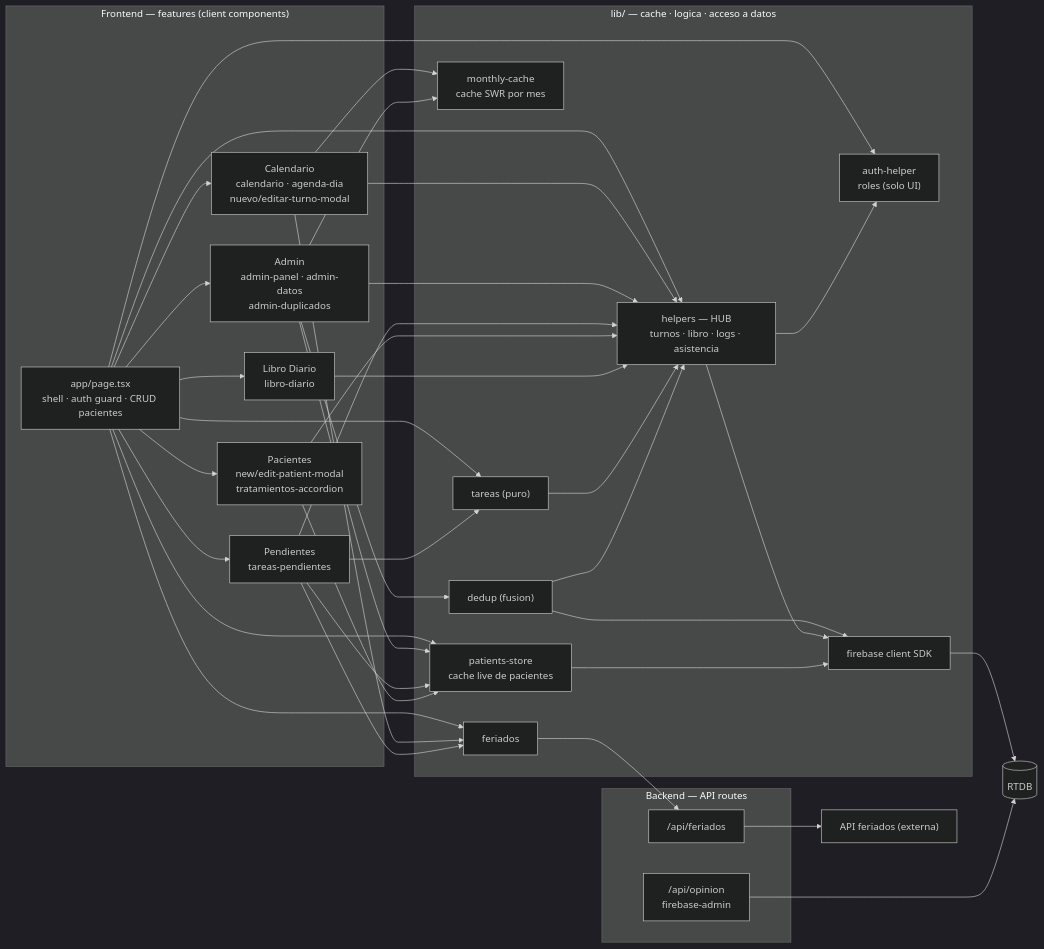
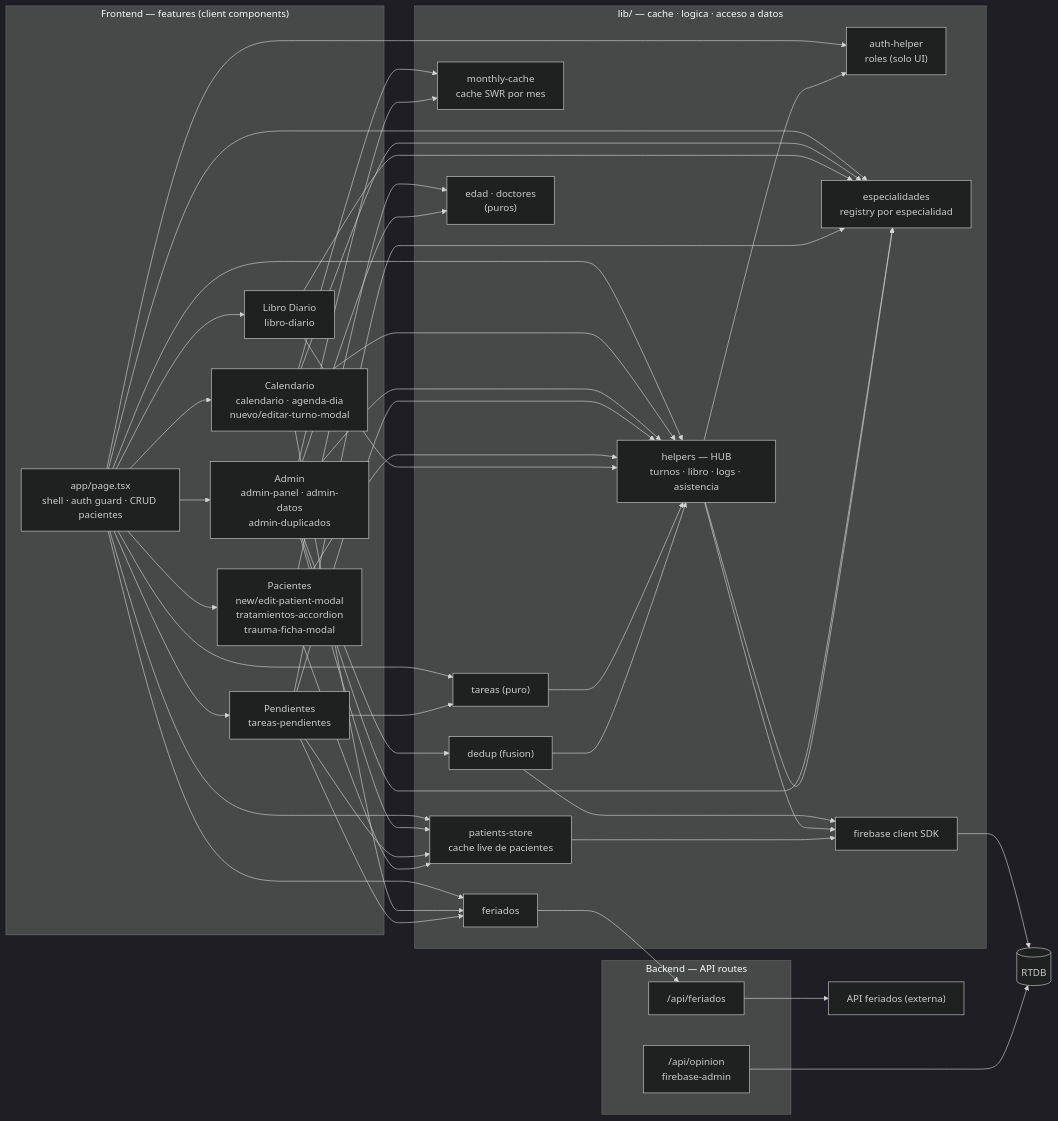
Before and after one commit to joacoz29/crudkinesiologia: the third of 3 diagrams in docs/architecture.md, drawn with Mermaid (dark theme). The commit also changed other lines of this file, not shown here.

First line of the commit message:
docs(arquitectura): multi-especialidad, registry y estado jul 2026

````diff
--- a/docs/architecture.md
+++ b/docs/architecture.md
@@ -140,46 +148,50 @@
 ```mermaid
 flowchart LR
     subgraph feat["Frontend — features (client components)"]
         shell["app/page.tsx<br/>shell · auth guard · CRUD pacientes"]
-        cpac["Pacientes<br/>new/edit-patient-modal<br/>tratamientos-accordion"]
+        cpac["Pacientes<br/>new/edit-patient-modal<br/>tratamientos-accordion<br/>trauma-ficha-modal"]
         ccal["Calendario<br/>calendario · agenda-dia<br/>nuevo/editar-turno-modal"]
         clib["Libro Diario<br/>libro-diario"]
         cpen["Pendientes<br/>tareas-pendientes"]
         cadm["Admin<br/>admin-panel · admin-datos<br/>admin-duplicados"]
     end
 
     subgraph libl["lib/ — cache · logica · acceso a datos"]
         store["patients-store<br/>cache live de pacientes"]
         mcache["monthly-cache<br/>cache SWR por mes"]
         helpers["helpers — HUB<br/>turnos · libro · logs · asistencia"]
         tareas["tareas (puro)"]
         dedup["dedup (fusion)"]
         fer["feriados"]
         authh["auth-helper<br/>roles (solo UI)"]
+        esp["especialidades<br/>registry por especialidad"]
+        puros["edad · doctores<br/>(puros)"]
         fbc["firebase client SDK"]
     end
 
     subgraph back["Backend — API routes"]
         apiop["/api/opinion<br/>firebase-admin"]
         apife["/api/feriados"]
     end
 
     rtdb[("RTDB")]
     ext["API feriados (externa)"]
 
     shell --> cpac & ccal & clib & cpen & cadm
     shell --> store & helpers & tareas & fer & authh
     ccal --> helpers & mcache & fer
     cadm --> helpers & mcache & store & dedup
     cpen --> store & helpers & tareas & fer
     cpac --> helpers & store
     clib --> helpers
     tareas --> helpers
     dedup --> helpers & fbc
-    helpers --> fbc & authh
+    shell & ccal & clib & cpen & cadm --> esp
+    cpac & cadm --> puros
+    helpers --> fbc & authh & esp
     store --> fbc
     fer --> apife
     fbc --> rtdb
     apiop --> rtdb
     apife --> ext
 ```
````
